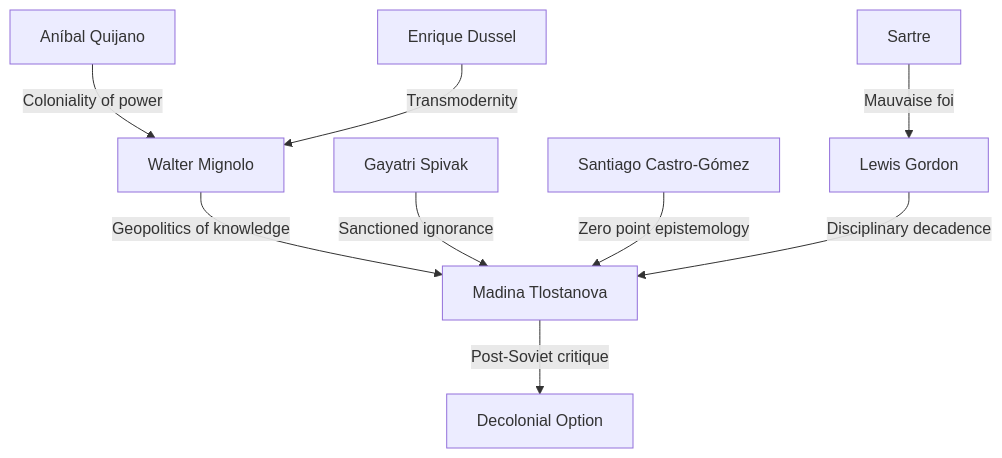
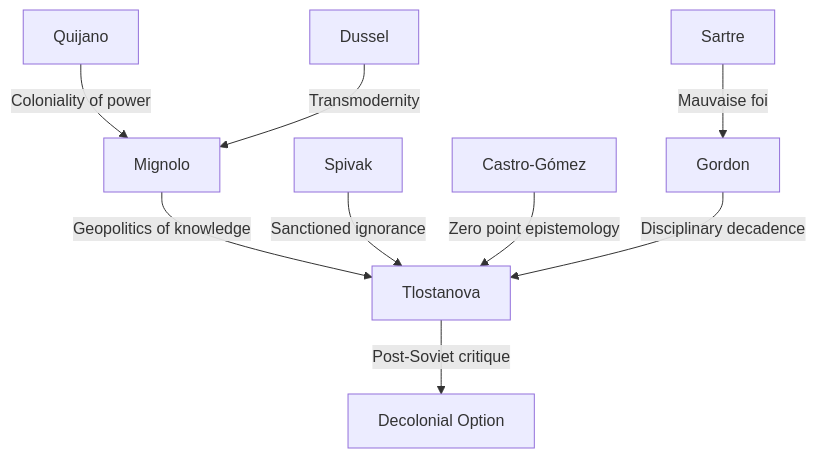
Before and after one commit to graph-ist/zettelkasten: the diagram in content/Can the post-Soviet think.md, drawn with Mermaid. The commit also changed other lines of this file and 138 other files, not shown here.

````diff
--- a/content/Can the post-Soviet think.md
+++ b/content/Can the post-Soviet think.md
@@ -58,13 +58,13 @@
 ```mermaid
 flowchart TD
-    Quijano[Aníbal Quijano] -->|Coloniality of power| Mignolo[Walter Mignolo]
-    Mignolo -->|Geopolitics of knowledge| Tlostanova[Madina Tlostanova]
-    Spivak[Gayatri Spivak] -->|Sanctioned ignorance| Tlostanova
-    CastroGomez[Santiago Castro-Gómez] -->|Zero point epistemology| Tlostanova
-    Gordon[Lewis Gordon] -->|Disciplinary decadence| Tlostanova
-    Sartre[Sartre] -->|Mauvaise foi| Gordon
-    Dussel[Enrique Dussel] -->|Transmodernity| Mignolo
-    Tlostanova -->|Post-Soviet critique| DecolonialOption[Decolonial Option]
+    Quijano --> |Coloniality of power| Mignolo
+    Mignolo --> |Geopolitics of knowledge| Tlostanova
+    Spivak --> |Sanctioned ignorance| Tlostanova
+    Castro-Gómez --> |Zero point epistemology| Tlostanova
+    Gordon --> |Disciplinary decadence| Tlostanova
+    Sartre --> |Mauvaise foi| Gordon
+    Dussel --> |Transmodernity| Mignolo
+    Tlostanova --> |Post-Soviet critique| DecolonialOption[Decolonial Option]
 
-    class Mignolo,Tlostanova internal-link;
+    class Quijano,Mignolo,Tlostanova,Spivak,Castro-Gómez,Gordon,Sartre,Dussel internal-link;
 ```
````
